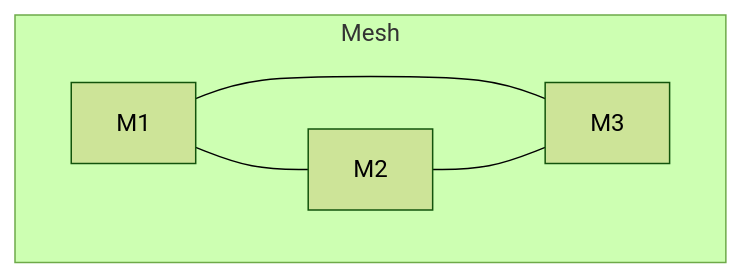
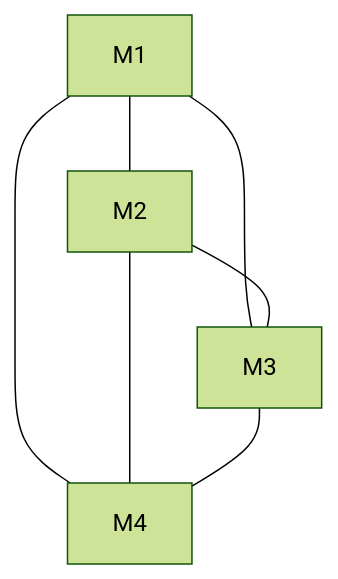
One commit to omnayak27199/pktana changed the sixth of 11 diagrams in learning/08-topologies.md. Above: the diagram before and after it, drawn with Mermaid (forest theme). The commit also changed other lines of this file and 14 other files, not shown here.

````diff
--- a/learning/08-topologies.md
+++ b/learning/08-topologies.md
@@ -27,8 +154,9 @@
 ```mermaid
 flowchart TB
-  subgraph Mesh
-    M1[M1] --- M2[M2]
-    M1 --- M3[M3]
-    M2 --- M3
-  end
+  M1[M1] --- M2[M2]
+  M1 --- M3[M3]
+  M1 --- M4[M4]
+  M2 --- M3
+  M2 --- M4
+  M3 --- M4
 ```
````
